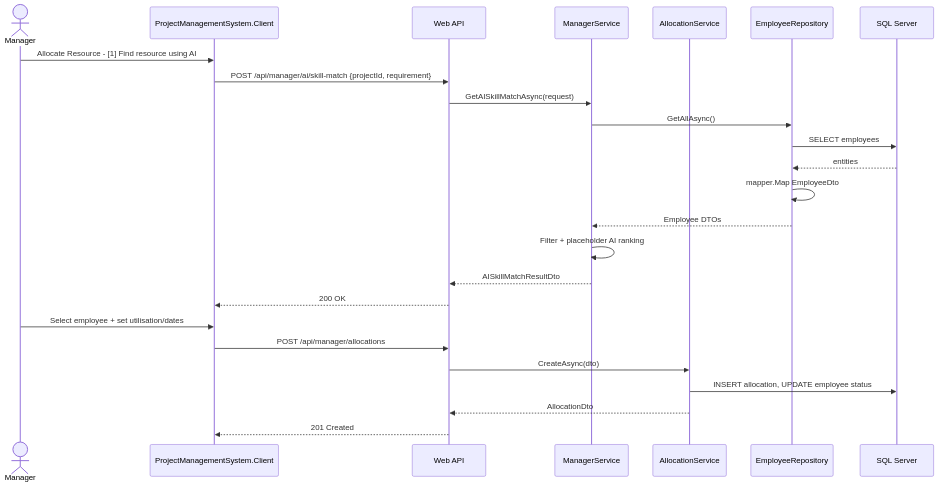
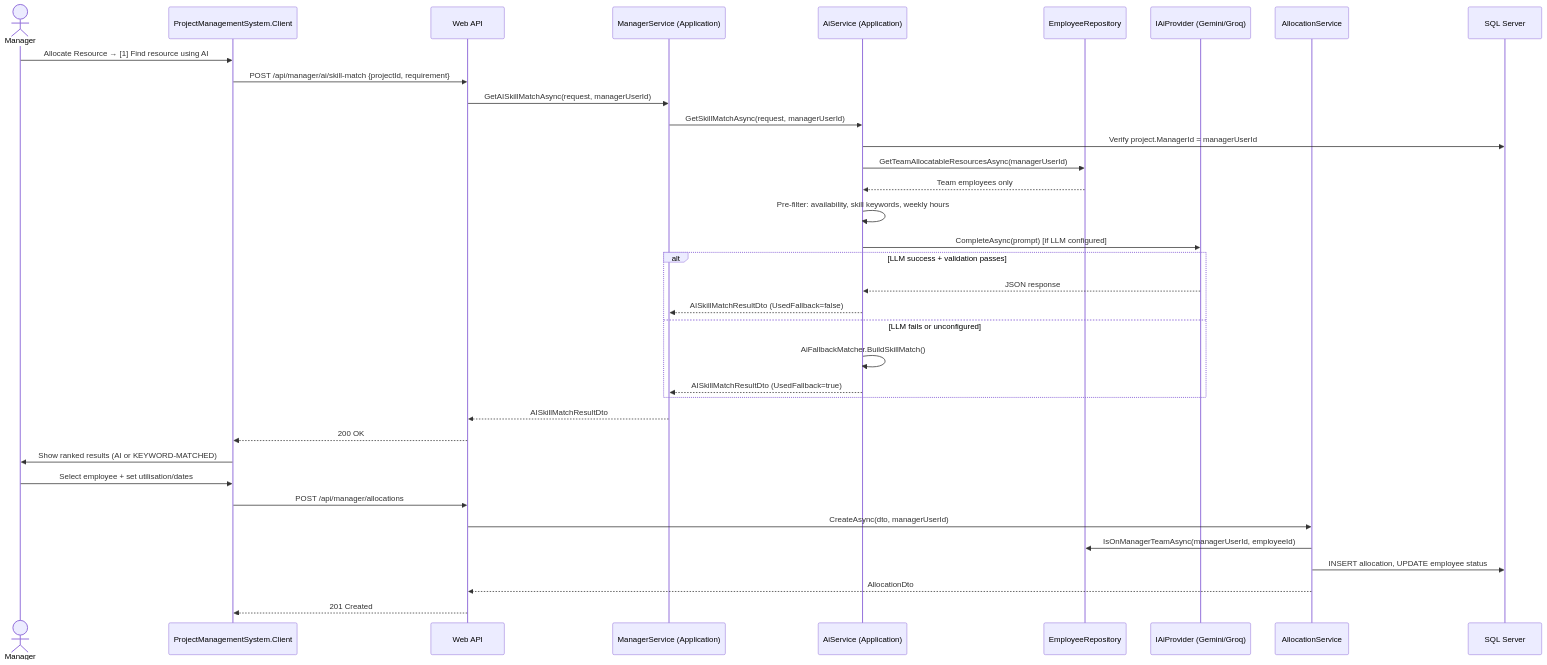
One commit to HariAdk/PRM changed the sixth of 14 diagrams in docs/Solution/Sequence_Diagram.md. Above: the diagram before and after it, drawn with Mermaid. The commit also changed other lines of this file and 21 other files, not shown here.

Commit message:
Updated diagrams

````diff
--- a/docs/Solution/Sequence_Diagram.md
+++ b/docs/Solution/Sequence_Diagram.md
@@ -238,30 +225,44 @@
 ```mermaid
 sequenceDiagram
     actor Manager
     participant Client   as ProjectManagementSystem.Client
     participant API      as Web API
-    participant MgrSvc   as ManagerService
+    participant MgrSvc   as ManagerService (Application)
+    participant AiSvc    as AiService (Application)
+    participant EmpRepo  as EmployeeRepository
+    participant AI       as IAiProvider (Gemini/Groq)
     participant AllocSvc as AllocationService
-    participant EmpRepo  as EmployeeRepository
     participant DB       as SQL Server
 
-    Manager->>Client: Allocate Resource - [1] Find resource using AI
+    Manager->>Client: Allocate Resource → [1] Find resource using AI
     Client->>API: POST /api/manager/ai/skill-match {projectId, requirement}
 
-    API->>MgrSvc: GetAISkillMatchAsync(request)
-    MgrSvc->>EmpRepo: GetAllAsync()
-    EmpRepo->>DB: SELECT employees
-    DB-->>EmpRepo: entities
-    EmpRepo->>EmpRepo: mapper.Map EmployeeDto
-    EmpRepo-->>MgrSvc: Employee DTOs
-    MgrSvc->>MgrSvc: Filter + placeholder AI ranking
+    API->>MgrSvc: GetAISkillMatchAsync(request, managerUserId)
+    MgrSvc->>AiSvc: GetSkillMatchAsync(request, managerUserId)
+    AiSvc->>DB: Verify project.ManagerId = managerUserId
+    AiSvc->>EmpRepo: GetTeamAllocatableResourcesAsync(managerUserId)
+    EmpRepo-->>AiSvc: Team employees only
+
+    AiSvc->>AiSvc: Pre-filter: availability, skill keywords, weekly hours
+    AiSvc->>AI: CompleteAsync(prompt) [if LLM configured]
+
+    alt LLM success + validation passes
+        AI-->>AiSvc: JSON response
+        AiSvc-->>MgrSvc: AISkillMatchResultDto (UsedFallback=false)
+    else LLM fails or unconfigured
+        AiSvc->>AiSvc: AiFallbackMatcher.BuildSkillMatch()
+        AiSvc-->>MgrSvc: AISkillMatchResultDto (UsedFallback=true)
+    end
+
     MgrSvc-->>API: AISkillMatchResultDto
     API-->>Client: 200 OK
+    Client->>Manager: Show ranked results (AI or KEYWORD-MATCHED)
 
     Manager->>Client: Select employee + set utilisation/dates
     Client->>API: POST /api/manager/allocations
-    API->>AllocSvc: CreateAsync(dto)
+    API->>AllocSvc: CreateAsync(dto, managerUserId)
+    AllocSvc->>EmpRepo: IsOnManagerTeamAsync(managerUserId, employeeId)
     AllocSvc->>DB: INSERT allocation, UPDATE employee status
     AllocSvc-->>API: AllocationDto
     API-->>Client: 201 Created
 ```
````
